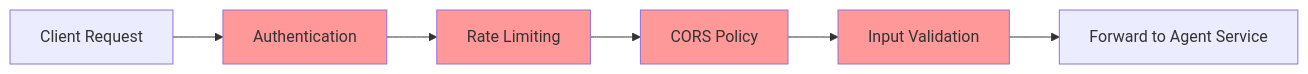
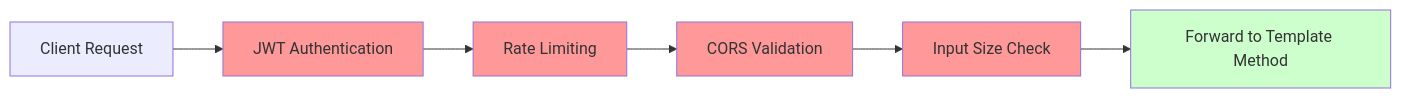
The fourth of 9 diagrams in ADK MCP/MCP_SEQUENCE_DIAGRAM.md (rnerurkar/mcp-implementation), drawn with Mermaid before and after one commit. The commit also changed other lines of this file and 42 other files, not shown here.

````diff
--- a/ADK MCP/MCP_SEQUENCE_DIAGRAM.md
+++ b/ADK MCP/MCP_SEQUENCE_DIAGRAM.md
@@ -160,13 +258,14 @@
 ```mermaid
 graph LR
-    A[Client Request] --> B[Authentication]
+    A[Client Request] --> B[JWT Authentication]
     B --> C[Rate Limiting]
-    C --> D[CORS Policy]
-    D --> E[Input Validation]
-    E --> F[Forward to Agent Service]
+    C --> D[CORS Validation]
+    D --> E[Input Size Check]
+    E --> F[Forward to Template Method]
     
     style B fill:#ff9999
     style C fill:#ff9999  
     style D fill:#ff9999
     style E fill:#ff9999
+    style F fill:#ccffcc
 ```
````
